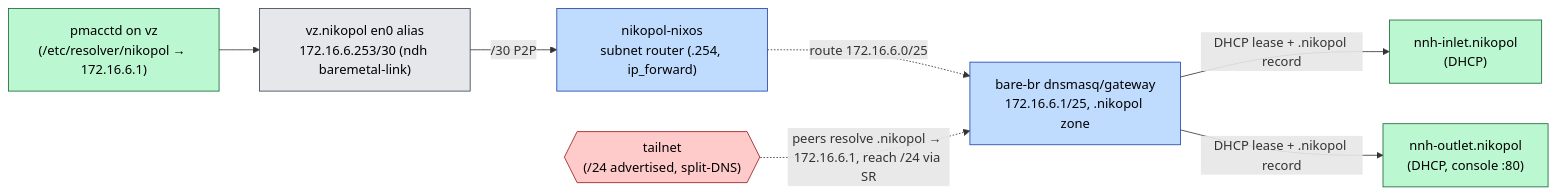
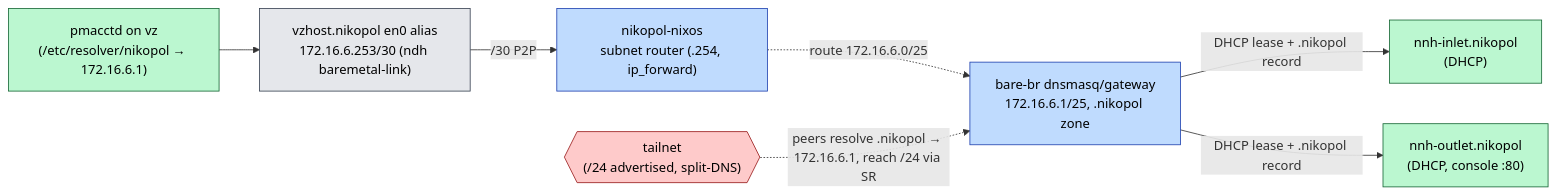
Before and after one commit to seedmatic/flowlab: the fifth of 5 diagrams in docs/architecture.adoc, drawn with Mermaid. The commit also changed 4 other files, not shown here.

```diff
--- a/docs/architecture.adoc
+++ b/docs/architecture.adoc
@@ -221,23 +221,23 @@
 [mermaid]
 ....
 flowchart LR
   PROBE["pmacctd on vz\n(/etc/resolver/nikopol → 172.16.6.1)"]:::wl
-  VZ["vz.nikopol en0 alias\n172.16.6.253/30 (ndh baremetal-link)"]:::ext
+  VZ["vzhost.nikopol en0 alias\n172.16.6.253/30 (ndh baremetal-link)"]:::ext
   SR["nikopol-nixos\nsubnet router (.254, ip_forward)"]:::infra
   BR["bare-br dnsmasq/gateway\n172.16.6.1/25, .nikopol zone"]:::infra
   I["nnh-inlet.nikopol\n(DHCP)"]:::wl
   O["nnh-outlet.nikopol\n(DHCP, console :80)"]:::wl
   TS{{"tailnet\n(/24 advertised, split-DNS)"}}:::ctrl
 
   PROBE --> VZ
   VZ -->|"/30 P2P"| SR
   SR -.->|"route 172.16.6.0/25"| BR
   BR -->|"DHCP lease + .nikopol record"| I
   BR -->|"DHCP lease + .nikopol record"| O
   TS -.->|"peers resolve .nikopol → 172.16.6.1, reach /24 via SR"| BR
 
   classDef wl fill:#bbf7d0,stroke:#166534,color:#000;
   classDef infra fill:#bfdbfe,stroke:#1e40af,color:#000;
   classDef ext fill:#e5e7eb,stroke:#374151,color:#000;
   classDef ctrl fill:#fecaca,stroke:#991b1b,color:#000;
 ....
```
